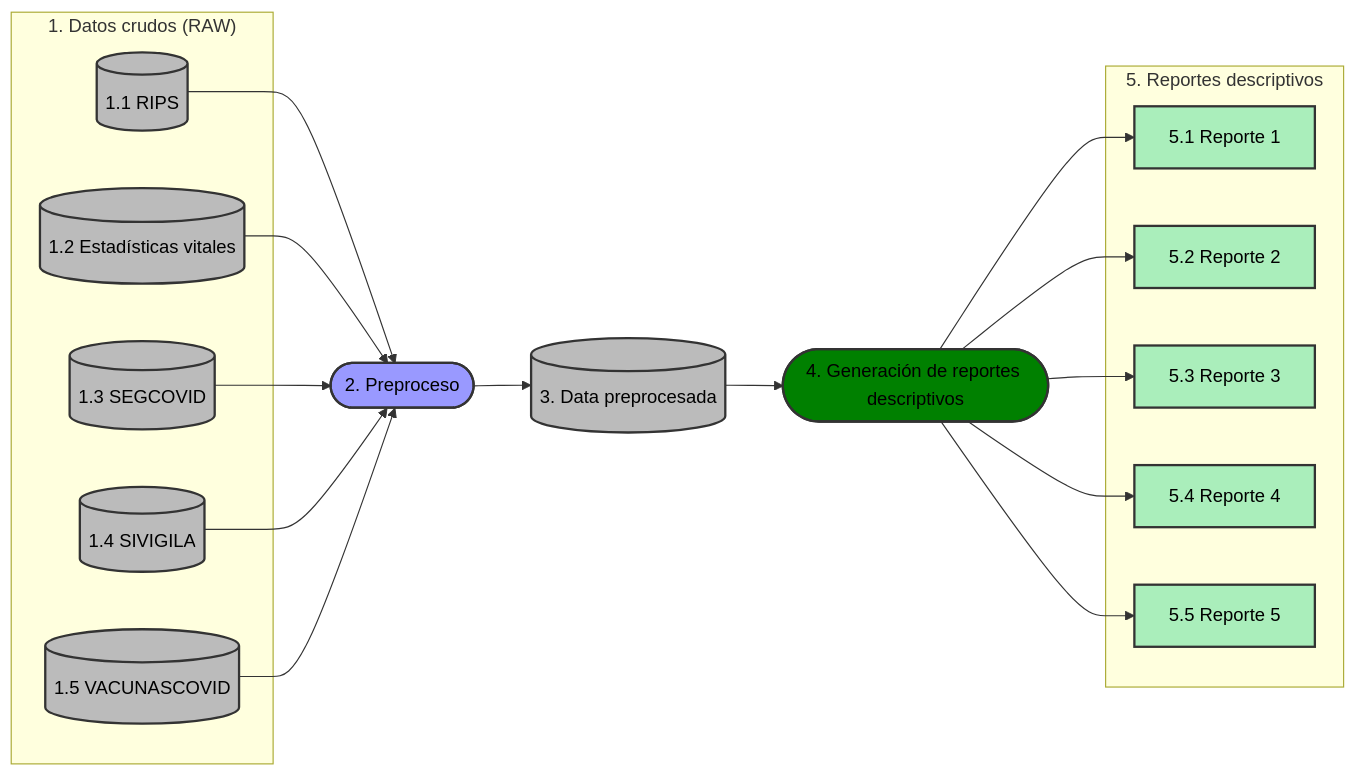
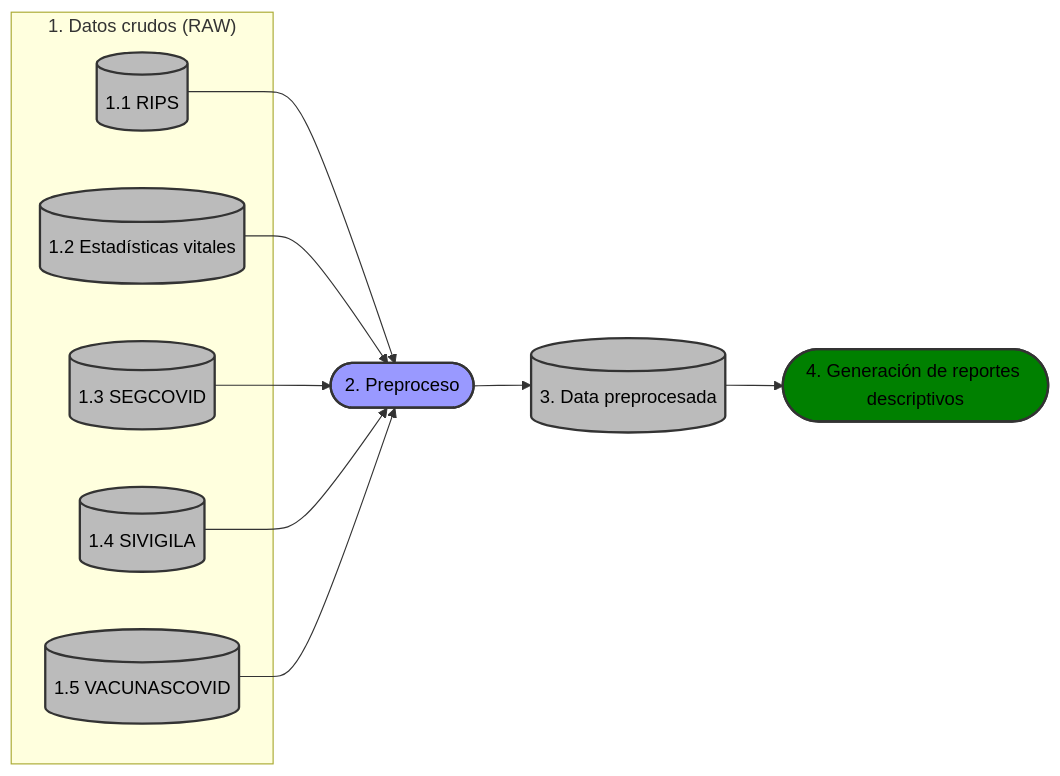
One commit to AGORA-COL/.github changed the first of 2 diagrams in profile/DataLake/FlujoDatos.md. Above: the diagram before and after it, drawn with Mermaid. The commit also changed other lines of this file and 4 other files, not shown here.

````diff
--- a/profile/DataLake/FlujoDatos.md
+++ b/profile/DataLake/FlujoDatos.md
@@ -8,52 +8,40 @@
 ```mermaid
 flowchart LR
     subgraph "1. Datos crudos (RAW)"
         A[(1.1 RIPS)]
         B[(1.2 Estadísticas vitales)]
         C[(1.3 SEGCOVID)]
         D[(1.4 SIVIGILA)]
         E[(1.5 VACUNASCOVID)]
     end
 
     F([2. Preproceso])
     DP[("3. Data preprocesada")]
     G(["4. Generación de reportes descriptivos"])
 
-    subgraph 5. Reportes descriptivos
-        R1["5.1 Reporte 1"]
-        R2["5.2 Reporte 2"]
-        R3["5.3 Reporte 3"]
-        R4["5.4 Reporte 4"]
-        R5["5.5 Reporte 5"]
-    end
 
     A --> F
     B --> F
     C --> F
     D --> F
     E --> F
 
     F --> DP
     
     DP --> G
 
-    G --> R1
-    G --> R2
-    G --> R3
-    G --> R4
-    G --> R5
 
     classDef data fill:#999,stroke:#333,stroke-width:2px,color:#000;
     classDef process fill:#99f,stroke:#333,stroke-width:2px,color:black;
     classDef repository fill:#bbb,stroke:#333,stroke-width:2px,stroke: 5 5,color:#000;
     classDef process2 fill:green,stroke:#333,stroke-width:2px,color:#000;
     classDef report fill:#aeb,stroke:#333,stroke-width:2px,color:#000;
 
     class A,B,C,D,E repository;
     class F process;
     class DP repository;
     class R1,R2,R3,R4,R5 report;
     class G process2;
 
 
 ```
````
